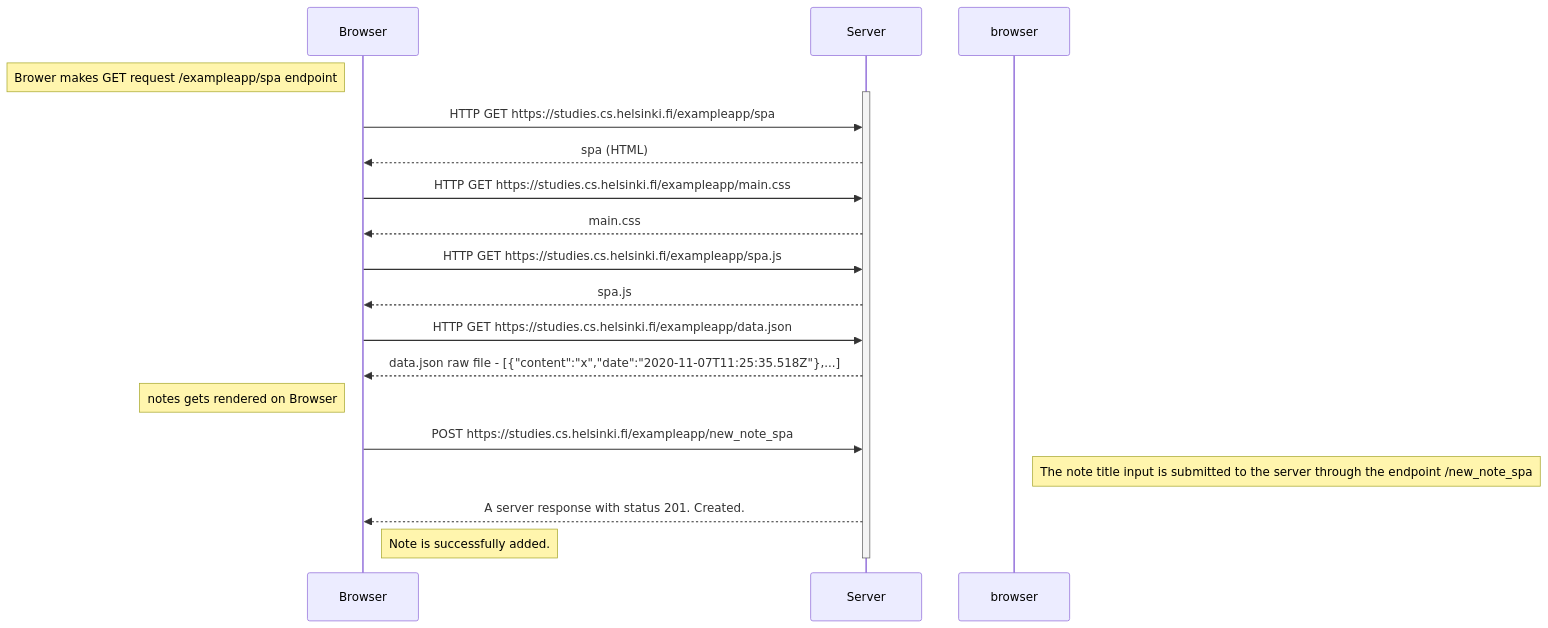
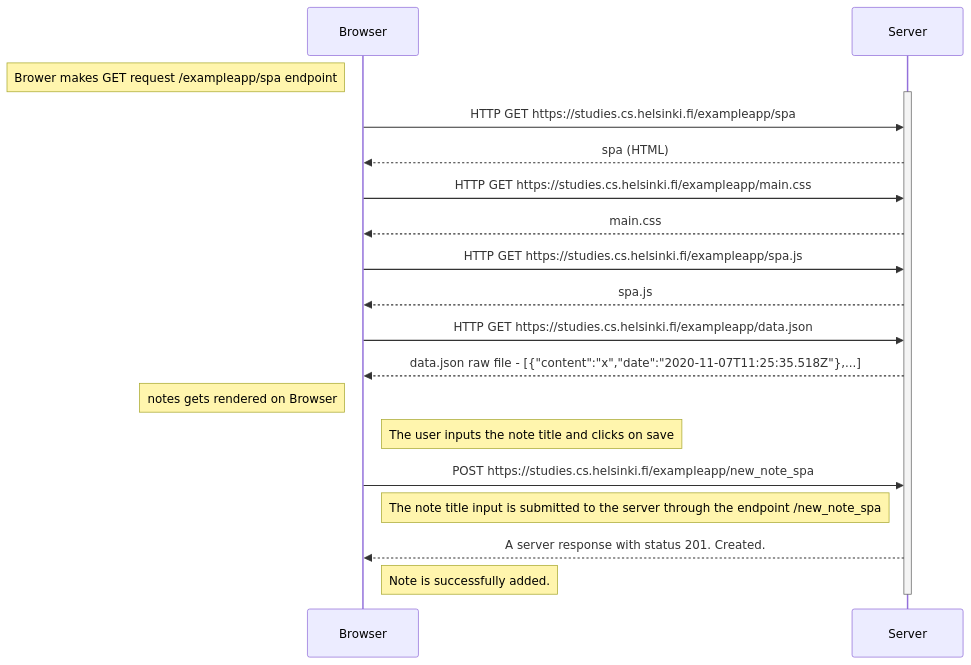
Before and after one commit to Ifcodes/Full-Stack-Open-Ex: the diagram in part_0/exercise-05.md, drawn with Mermaid.

Commit message:
exercise 04

````diff
--- a/part_0/exercise-05.md
+++ b/part_0/exercise-05.md
@@ -1,28 +1,30 @@
 ```mermaid
 sequenceDiagram
 participant Browser
 participant Server
 
 Note left of Browser: Brower makes GET request /exampleapp/spa endpoint
 activate Server
 Browser->>Server: HTTP GET https://studies.cs.helsinki.fi/exampleapp/spa
 Server-->>Browser: spa (HTML)
 
 Browser->>Server: HTTP GET https://studies.cs.helsinki.fi/exampleapp/main.css
 Server-->>Browser: main.css
 
 Browser->>Server: HTTP GET https://studies.cs.helsinki.fi/exampleapp/spa.js
 Server-->>Browser: spa.js
 
 Browser->>Server: HTTP GET https://studies.cs.helsinki.fi/exampleapp/data.json
 Server-->>Browser: data.json raw file - [{"content":"x","date":"2020-11-07T11:25:35.518Z"},...]
 
 Note left of Browser: notes gets rendered on Browser
 
+Note right of Browser: The user inputs the note title and clicks on save
+
 Browser->>Server: POST https://studies.cs.helsinki.fi/exampleapp/new_note_spa
-Note right of browser: The note title input is submitted to the server through the endpoint /new_note_spa
+Note right of Browser: The note title input is submitted to the server through the endpoint /new_note_spa
 Server-->>Browser: A server response with status 201. Created.
 
 Note right of Browser: Note is successfully added.
 deactivate Server
 ```
````
